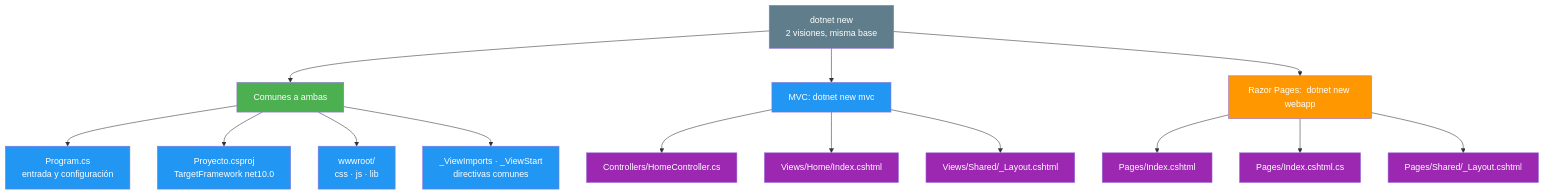
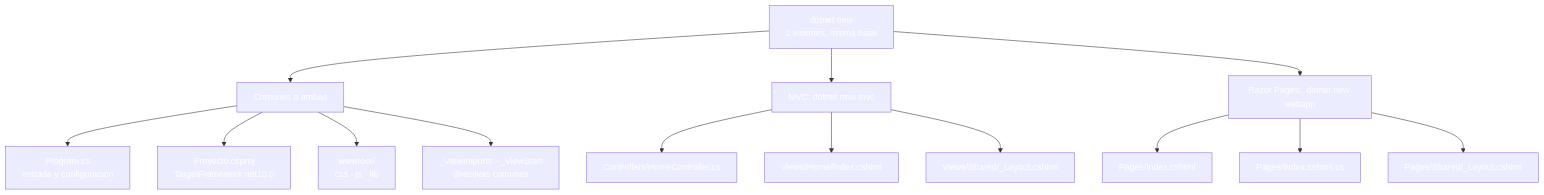
The seventh of 7 diagrams in 01-razor-fundamentos.md (joseluisgs/DesarrolloWebEntornosServidor-03-2026-2027), drawn with Mermaid before and after one commit. The commit also changed other lines of this file and 30 other files, not shown here.

````diff
--- a/01-razor-fundamentos.md
+++ b/01-razor-fundamentos.md
@@ -542,34 +542,34 @@
 ```mermaid
 graph TD
     A["dotnet new<br/>2 visiones, misma base"] --> B["Comunes a ambas"]
     A --> C["MVC:  dotnet new mvc"]
     A --> D["Razor Pages:  dotnet new webapp"]
 
     B --> B1["Program.cs<br/>entrada y configuración"]
     B --> B2["Proyecto.csproj<br/>TargetFramework net10.0"]
     B --> B3["wwwroot/<br/>css · js · lib"]
     B --> B4["_ViewImports · _ViewStart<br/>directivas comunes"]
 
     C --> C1["Controllers/HomeController.cs"]
     C --> C2["Views/Home/Index.cshtml"]
     C --> C3["Views/Shared/_Layout.cshtml"]
 
     D --> D1["Pages/Index.cshtml"]
     D --> D2["Pages/Index.cshtml.cs"]
     D --> D3["Pages/Shared/_Layout.cshtml"]
 
-    style A fill:#607D8B,color:#fff
-    style B fill:#4CAF50,color:#fff
-    style C fill:#2196F3,color:#fff
-    style D fill:#FF9800,color:#fff
-    style B1 fill:#2196F3,color:#fff
-    style B2 fill:#2196F3,color:#fff
-    style B3 fill:#2196F3,color:#fff
-    style B4 fill:#2196F3,color:#fff
-    style C1 fill:#9C27B0,color:#fff
-    style C2 fill:#9C27B0,color:#fff
-    style C3 fill:#9C27B0,color:#fff
-    style D1 fill:#9C27B0,color:#fff
-    style D2 fill:#9C27B0,color:#fff
-    style D3 fill:#9C27B0,color:#fff
+    style A fill:#607D8,color:#fffB,color:#fff
+    style B fill:#4CAF5,color:#fff0,color:#fff
+    style C fill:#2196F,color:#fff3,color:#fff
+    style D fill:#FF980,color:#fff0,color:#fff
+    style B1 fill:#2196F,color:#fff3,color:#fff
+    style B2 fill:#2196F,color:#fff3,color:#fff
+    style B3 fill:#2196F,color:#fff3,color:#fff
+    style B4 fill:#2196F,color:#fff3,color:#fff
+    style C1 fill:#9C27B,color:#fff0,color:#fff
+    style C2 fill:#9C27B,color:#fff0,color:#fff
+    style C3 fill:#9C27B,color:#fff0,color:#fff
+    style D1 fill:#9C27B,color:#fff0,color:#fff
+    style D2 fill:#9C27B,color:#fff0,color:#fff
+    style D3 fill:#9C27B,color:#fff0,color:#fff
 ```
````
